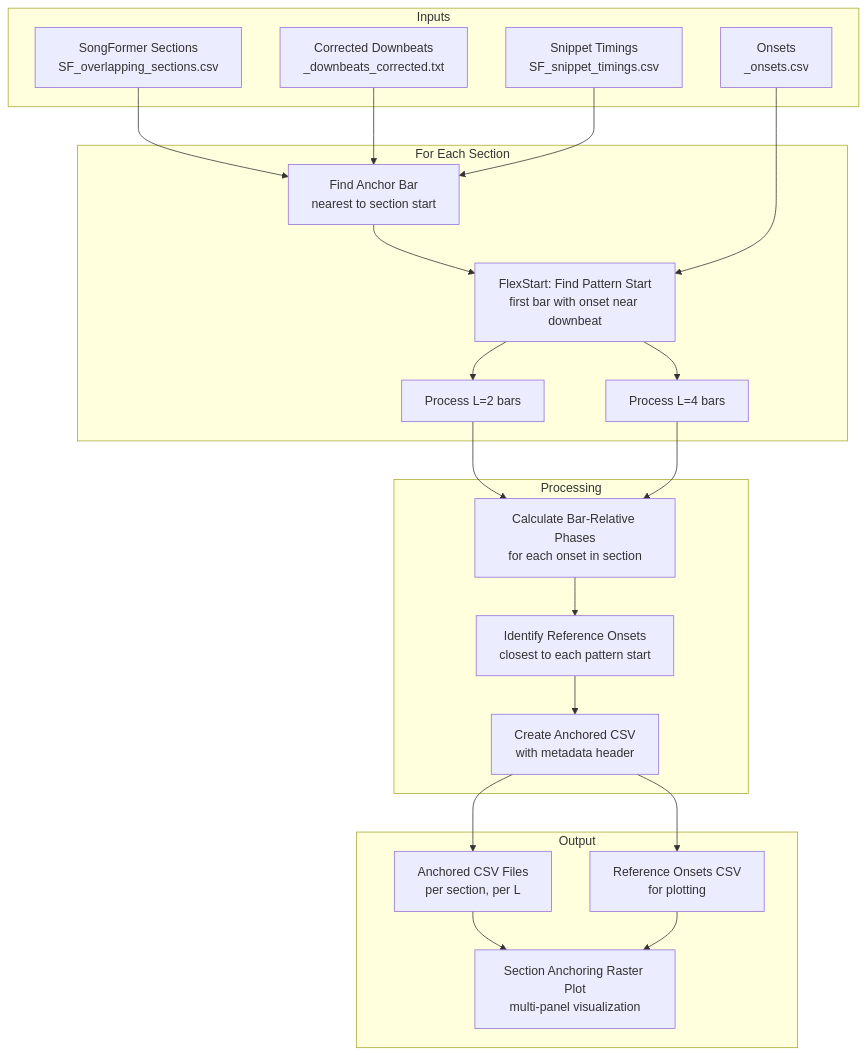
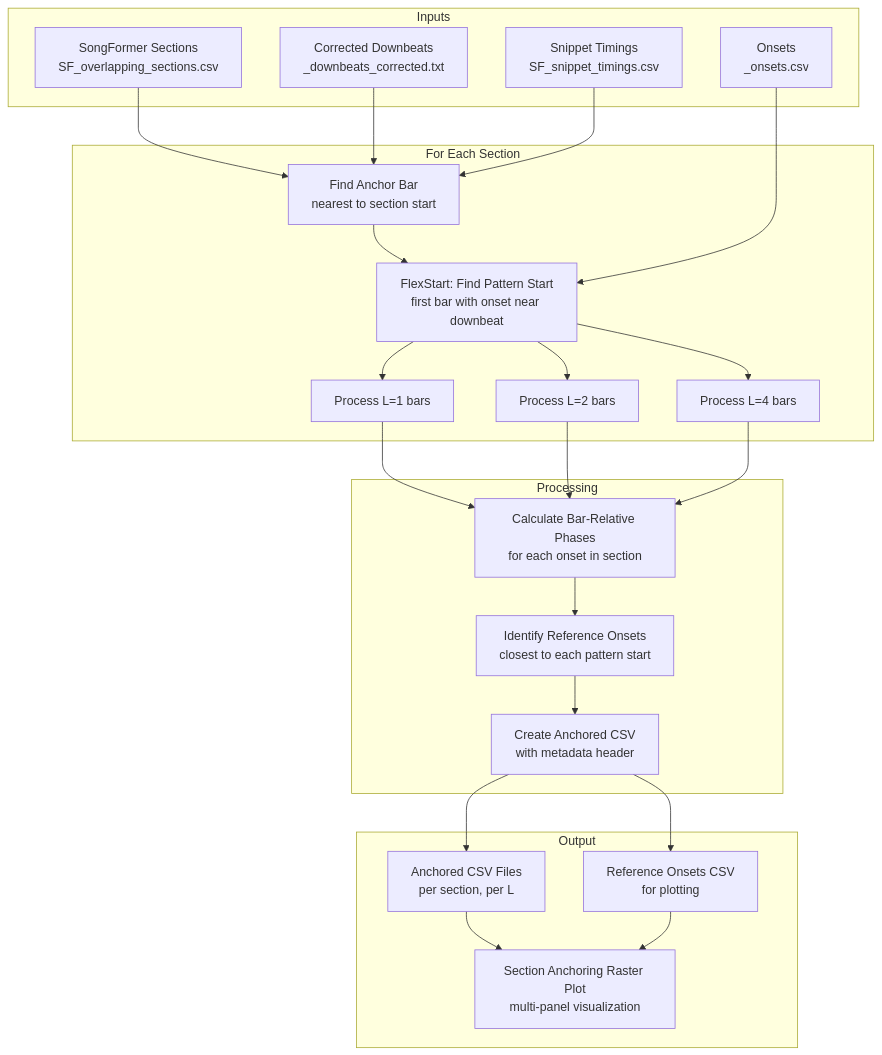
One commit to SanjaKrause/rhythm_analyser_prototype changed diagram 16 of 16 in PIPELINE_DIAGRAM.md. Above: the diagram before and after it, drawn with Mermaid. The commit also changed other lines of this file and 8 other files, not shown here.

````diff
--- a/PIPELINE_DIAGRAM.md
+++ b/PIPELINE_DIAGRAM.md
@@ -2634,44 +2634,47 @@
 ```mermaid
 flowchart TD
     subgraph Inputs
         SF[SongFormer Sections<br/>SF_overlapping_sections.csv]
         DB[Corrected Downbeats<br/>_downbeats_corrected.txt]
         ON[Onsets<br/>_onsets.csv]
         SN[Snippet Timings<br/>SF_snippet_timings.csv]
     end
 
     subgraph "For Each Section"
         A[Find Anchor Bar<br/>nearest to section start]
         F[FlexStart: Find Pattern Start<br/>first bar with onset near downbeat]
+        L1[Process L=1 bars]
         L2[Process L=2 bars]
         L4[Process L=4 bars]
     end
 
     subgraph Processing
         P[Calculate Bar-Relative Phases<br/>for each onset in section]
         R[Identify Reference Onsets<br/>closest to each pattern start]
         C[Create Anchored CSV<br/>with metadata header]
     end
 
     subgraph Output
         CSV[Anchored CSV Files<br/>per section, per L]
         REF[Reference Onsets CSV<br/>for plotting]
         PNG[Section Anchoring Raster Plot<br/>multi-panel visualization]
     end
 
     SF --> A
     DB --> A
     SN --> A
     A --> F
     ON --> F
+    F --> L1
     F --> L2
     F --> L4
+    L1 --> P
     L2 --> P
     L4 --> P
     P --> R
     R --> C
     C --> CSV
     C --> REF
     CSV --> PNG
     REF --> PNG
 ```
````
